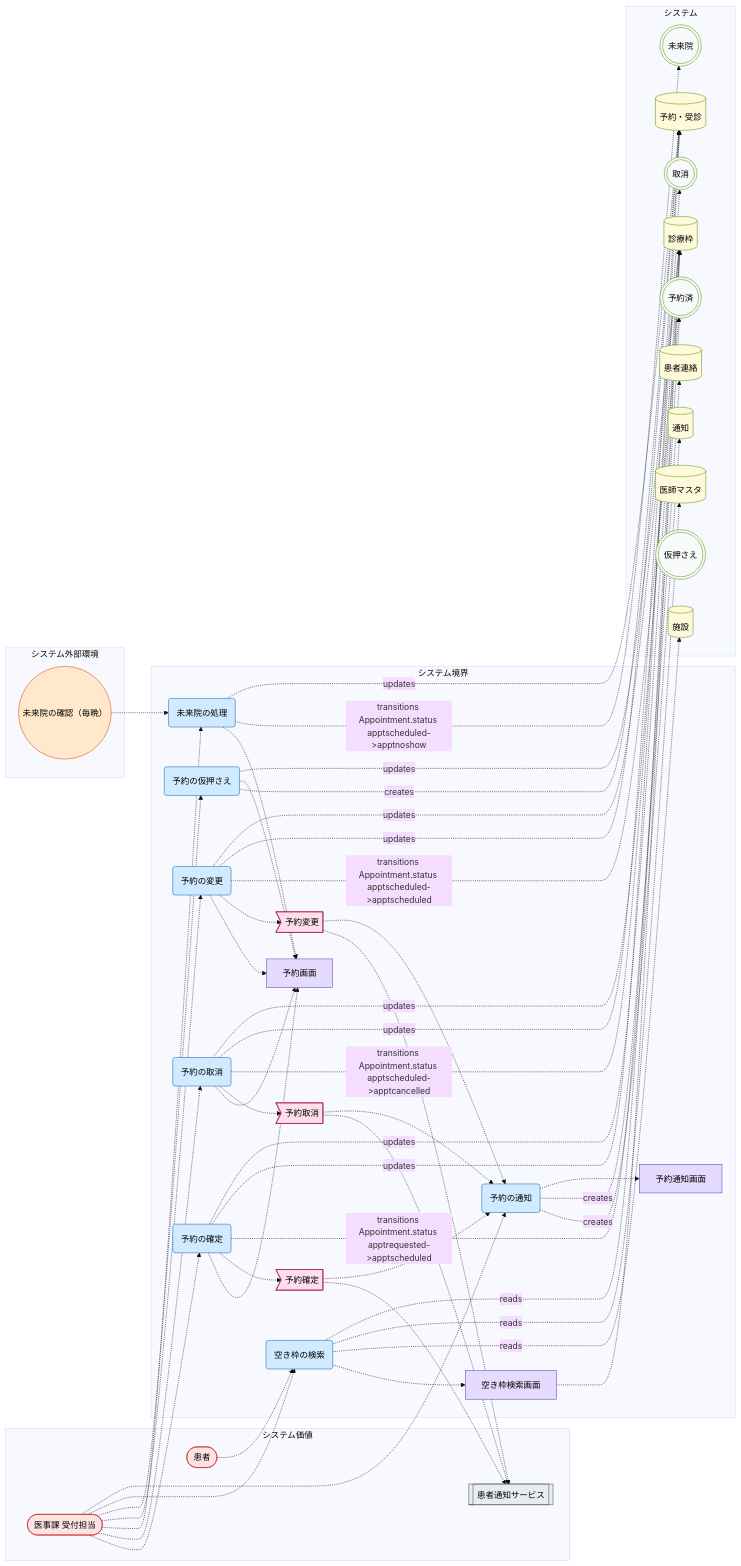
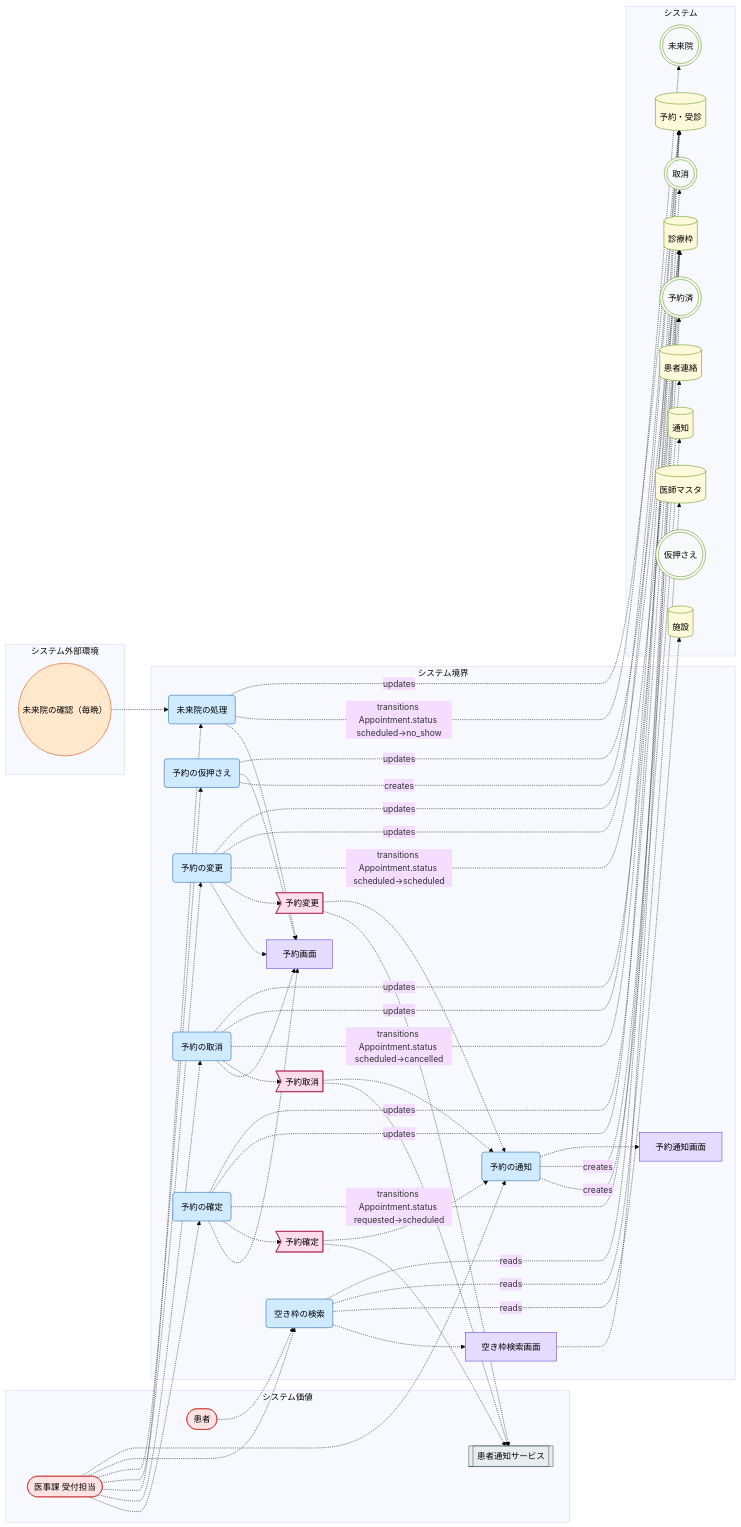
One commit to manji-0/rdra-ish-dsl changed the diagram in samples/clinic-ops/out/buc/usecase_appointment_scheduling.mmd. Above: the diagram before and after it, drawn with Mermaid (base theme). The commit also changed 60 other files, not shown here.

```diff
--- a/samples/clinic-ops/out/buc/usecase_appointment_scheduling.mmd
+++ b/samples/clinic-ops/out/buc/usecase_appointment_scheduling.mmd
@@ -1,114 +1,114 @@
 %% rdra-ish diagram=usecase scope=buc:BucAppointmentScheduling model=samples/clinic-ops
 %% layers: value=システム価値 environment=システム外部環境 boundary=システム境界 system=システム
 %% kinds: actor extsystem timer usecase screen event entity state
 %% omitted: buc step medium permission api
 flowchart LR
   subgraph layer_value["システム価値"]
     actor__Patient(["患者"]):::actor
     %% desc actor__Patient: 病院で診療を受ける人。
     actor__ReceptionClerk(["医事課 受付担当"]):::actor
     %% desc actor__ReceptionClerk: 初診・再診の受付、資格確認、紹介状の受付、予約を行う事務職員。
     extsystem__MessagingGateway[["患者通知サービス"]]:::extsystem
   end
   subgraph layer_environment["システム外部環境"]
     timer__NoShowSweep(("未来院の確認（毎晩）")):::timer
   end
   subgraph layer_boundary["システム境界"]
     usecase__BookAppointment("予約の確定"):::usecase
     %% desc usecase__BookAppointment: 予約確定と予約枠更新。
     usecase__CancelAppointment("予約の取消"):::usecase
     %% desc usecase__CancelAppointment: 取消理由と予約枠更新。
     usecase__MarkNoShow("未来院の処理"):::usecase
     %% desc usecase__MarkNoShow: タイマー起動の未来院処理。
     usecase__RescheduleAppointment("予約の変更"):::usecase
     %% desc usecase__RescheduleAppointment: 予約を変更する。予約の状態は変わらない。
     usecase__ReserveAppointment("予約の仮押さえ"):::usecase
     %% desc usecase__ReserveAppointment: 仮押さえで Appointment を作る。
     usecase__SearchAvailability("空き枠の検索"):::usecase
     %% desc usecase__SearchAvailability: 予約枠を検索する。参照だけの API。
     usecase__SendAppointmentNotice("予約の通知"):::usecase
     %% desc usecase__SendAppointmentNotice: 予約イベントからの通知作成。
     screen__AppointmentNoticeScreen["予約通知画面"]:::screen
     screen__AppointmentScreen["予約画面"]:::screen
     screen__ScheduleSearchScreen["空き枠検索画面"]:::screen
     event__EvAppointmentCancelled>"予約取消"]:::event
     event__EvAppointmentRescheduled>"予約変更"]:::event
     event__EvAppointmentScheduled>"予約確定"]:::event
   end
   subgraph layer_system["システム"]
     entity__Appointment[("予約・受診")]:::entity
     entity__ClinicLocation[("施設")]:::entity
     entity__Notification[("通知")]:::entity
     entity__PatientMessage[("患者連絡")]:::entity
     entity__Provider[("医師マスタ")]:::entity
     entity__ProviderSchedule[("診療枠")]:::entity
-    state__Appointment_apptcancelled((("取消"))):::state
-    state__Appointment_apptnoshow((("未来院"))):::state
-    state__Appointment_apptrequested((("仮押さえ"))):::state
-    state__Appointment_apptscheduled((("予約済"))):::state
+    state__Appointment_cancelled((("取消"))):::state
+    state__Appointment_no_show((("未来院"))):::state
+    state__Appointment_requested((("仮押さえ"))):::state
+    state__Appointment_scheduled((("予約済"))):::state
   end
   actor__Patient -.-> usecase__SearchAvailability
   actor__ReceptionClerk -.-> usecase__BookAppointment
   actor__ReceptionClerk -.-> usecase__CancelAppointment
   actor__ReceptionClerk -.-> usecase__MarkNoShow
   actor__ReceptionClerk -.-> usecase__RescheduleAppointment
   actor__ReceptionClerk -.-> usecase__ReserveAppointment
   actor__ReceptionClerk -.-> usecase__SearchAvailability
   actor__ReceptionClerk -.-> usecase__SendAppointmentNotice
   event__EvAppointmentCancelled -.-> extsystem__MessagingGateway
   event__EvAppointmentCancelled -.-> usecase__SendAppointmentNotice
   event__EvAppointmentRescheduled -.-> extsystem__MessagingGateway
   event__EvAppointmentRescheduled -.-> usecase__SendAppointmentNotice
   event__EvAppointmentScheduled -.-> extsystem__MessagingGateway
   event__EvAppointmentScheduled -.-> usecase__SendAppointmentNotice
   screen__ScheduleSearchScreen -.-> entity__ProviderSchedule
   timer__NoShowSweep -.-> usecase__MarkNoShow
   usecase__BookAppointment -.-> screen__AppointmentScreen
   usecase__BookAppointment -.-> event__EvAppointmentScheduled
-  usecase__BookAppointment -.->|transitions Appointment.status apptrequested->apptscheduled| state__Appointment_apptscheduled
+  usecase__BookAppointment -.->|transitions Appointment.status requested->scheduled| state__Appointment_scheduled
   usecase__BookAppointment -.->|updates| entity__Appointment
   %% derived usecase__BookAppointment -> entity__Appointment via api__BookAppointmentApi
   usecase__BookAppointment -.->|updates| entity__ProviderSchedule
   %% derived usecase__BookAppointment -> entity__ProviderSchedule via api__BookAppointmentApi
   usecase__CancelAppointment -.-> screen__AppointmentScreen
   usecase__CancelAppointment -.-> event__EvAppointmentCancelled
-  usecase__CancelAppointment -.->|transitions Appointment.status apptscheduled->apptcancelled| state__Appointment_apptcancelled
+  usecase__CancelAppointment -.->|transitions Appointment.status scheduled->cancelled| state__Appointment_cancelled
   usecase__CancelAppointment -.->|updates| entity__Appointment
   %% derived usecase__CancelAppointment -> entity__Appointment via api__CancelAppointmentApi
   usecase__CancelAppointment -.->|updates| entity__ProviderSchedule
   %% derived usecase__CancelAppointment -> entity__ProviderSchedule via api__CancelAppointmentApi
   usecase__MarkNoShow -.-> screen__AppointmentScreen
-  usecase__MarkNoShow -.->|transitions Appointment.status apptscheduled->apptnoshow| state__Appointment_apptnoshow
+  usecase__MarkNoShow -.->|transitions Appointment.status scheduled->no_show| state__Appointment_no_show
   usecase__MarkNoShow -.->|updates| entity__Appointment
   usecase__RescheduleAppointment -.-> screen__AppointmentScreen
   usecase__RescheduleAppointment -.-> event__EvAppointmentRescheduled
-  usecase__RescheduleAppointment -.->|transitions Appointment.status apptscheduled->apptscheduled| state__Appointment_apptscheduled
+  usecase__RescheduleAppointment -.->|transitions Appointment.status scheduled->scheduled| state__Appointment_scheduled
   usecase__RescheduleAppointment -.->|updates| entity__Appointment
   %% derived usecase__RescheduleAppointment -> entity__Appointment via api__RescheduleAppointmentApi
   usecase__RescheduleAppointment -.->|updates| entity__ProviderSchedule
   %% derived usecase__RescheduleAppointment -> entity__ProviderSchedule via api__RescheduleAppointmentApi
   usecase__ReserveAppointment -.->|creates| entity__Appointment
   %% derived usecase__ReserveAppointment -> entity__Appointment via api__ReserveAppointmentApi
   usecase__ReserveAppointment -.-> screen__AppointmentScreen
   usecase__ReserveAppointment -.->|updates| entity__ProviderSchedule
   %% derived usecase__ReserveAppointment -> entity__ProviderSchedule via api__ReserveAppointmentApi
   usecase__SearchAvailability -.-> screen__ScheduleSearchScreen
   usecase__SearchAvailability -.->|reads| entity__ClinicLocation
   %% derived usecase__SearchAvailability -> entity__ClinicLocation via api__SearchAvailabilityApi
   usecase__SearchAvailability -.->|reads| entity__Provider
   %% derived usecase__SearchAvailability -> entity__Provider via api__SearchAvailabilityApi
   usecase__SearchAvailability -.->|reads| entity__ProviderSchedule
   %% derived usecase__SearchAvailability -> entity__ProviderSchedule via api__SearchAvailabilityApi
   usecase__SendAppointmentNotice -.->|creates| entity__Notification
   %% derived usecase__SendAppointmentNotice -> entity__Notification via api__AppointmentNoticeApi
   usecase__SendAppointmentNotice -.->|creates| entity__PatientMessage
   %% derived usecase__SendAppointmentNotice -> entity__PatientMessage via api__AppointmentNoticeApi
   usecase__SendAppointmentNotice -.-> screen__AppointmentNoticeScreen
   classDef actor fill:#ffe3e3,stroke:#c92a2a,color:#000;
   classDef extsystem fill:#e9ecef,stroke:#495057,color:#000;
   classDef timer fill:#ffe8cc,stroke:#d9480f,color:#000;
   classDef usecase fill:#d0ebff,stroke:#1864ab,color:#000;
   classDef screen fill:#e5dbff,stroke:#5f3dc4,color:#000;
   classDef event fill:#ffdeeb,stroke:#a61e4d,color:#000;
   classDef entity fill:#fff9db,stroke:#5c940d,color:#000;
   classDef state fill:#f8f9fa,stroke:#5c940d,color:#000;
```
